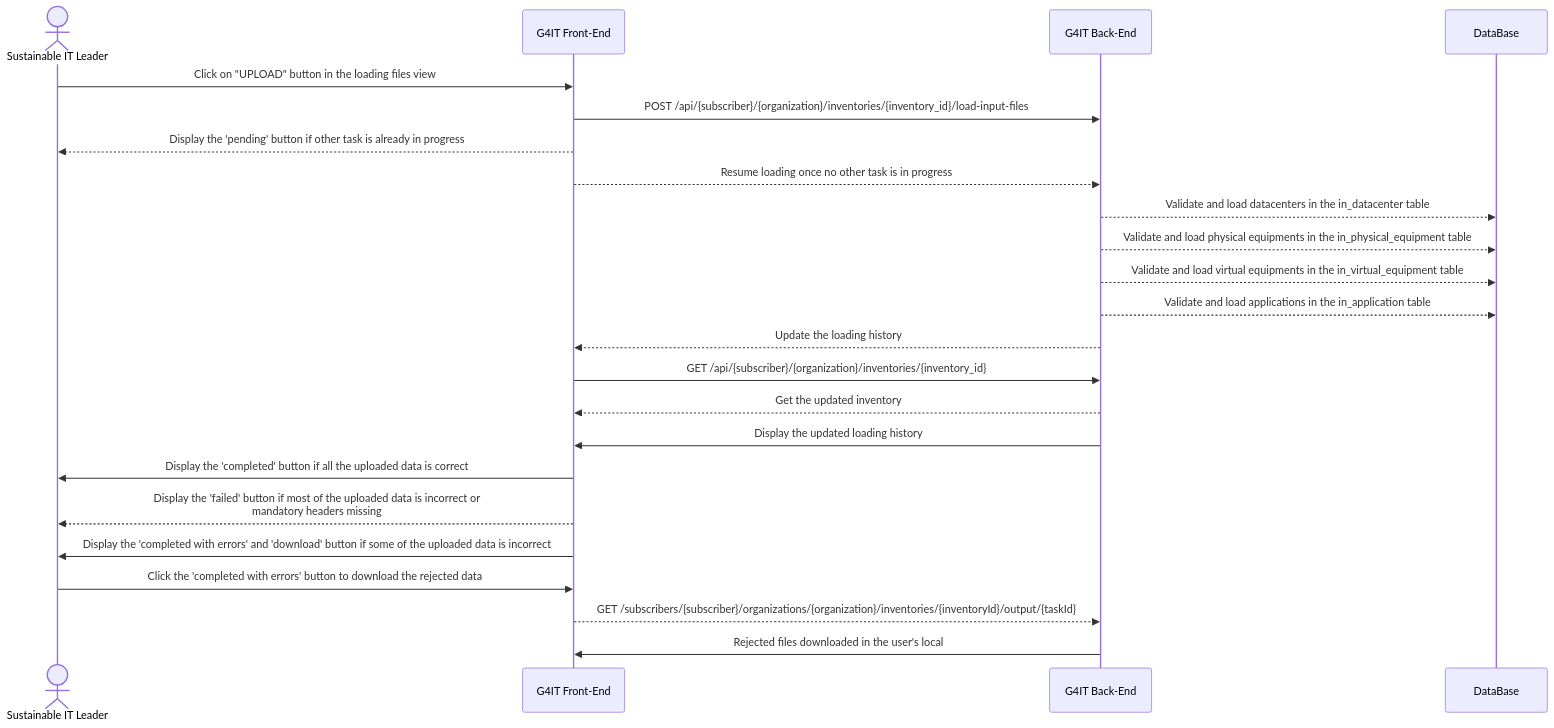
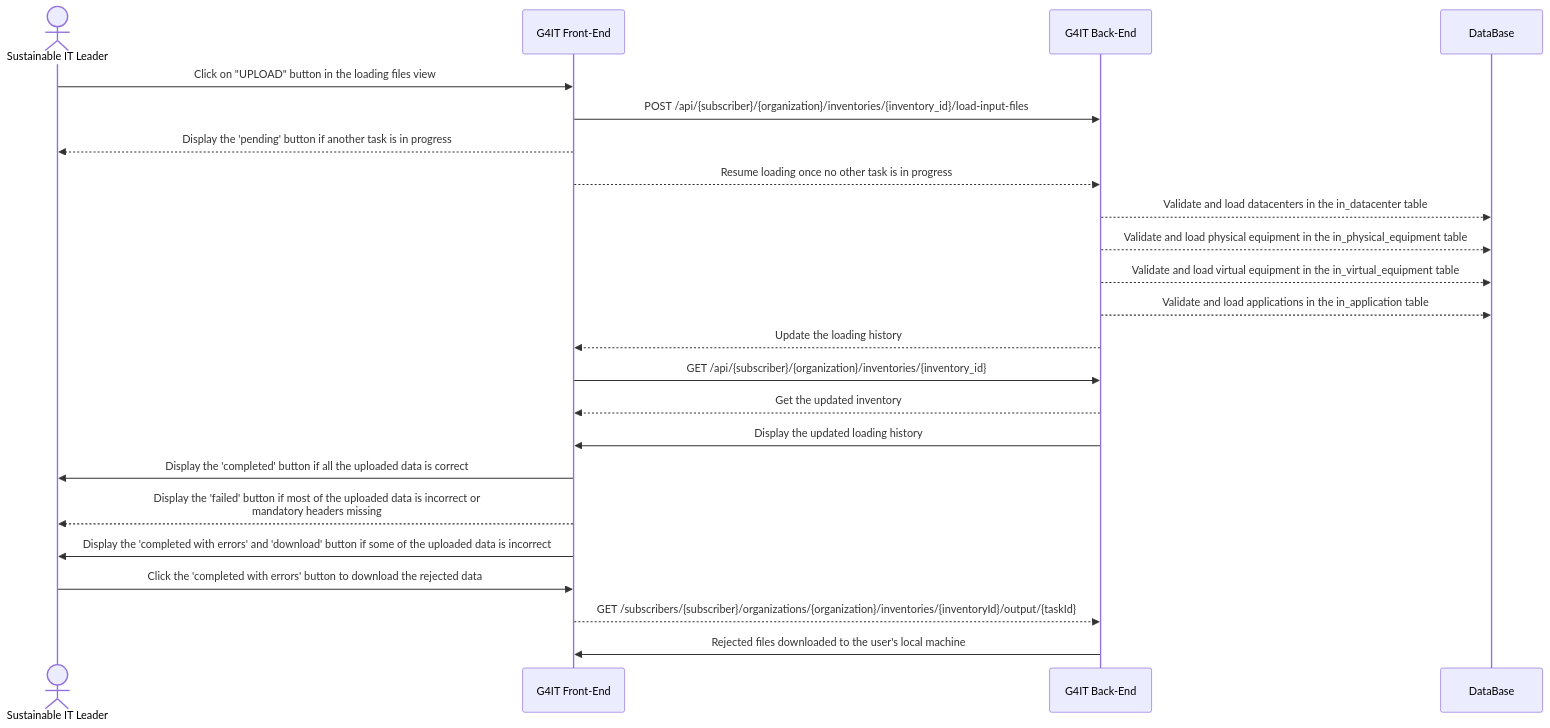
One commit to teamg4it/g4it changed the second of 2 diagrams in services/documentation/content/2-functional-documentation/use_cases/uc_inventory/uc3_load_files.md. Above: the diagram before and after it, drawn with Mermaid. The commit also changed other lines of this file, not shown here.

```diff
--- a/services/documentation/content/2-functional-documentation/use_cases/uc_inventory/uc3_load_files.md
+++ b/services/documentation/content/2-functional-documentation/use_cases/uc_inventory/uc3_load_files.md
@@ -92,28 +104,26 @@
 {{< mermaid >}}
-
 sequenceDiagram
 actor RND as Sustainable IT Leader
 participant front as G4IT Front-End
 participant back as G4IT Back-End
 participant DataBase
 
 RND ->> front: Click on "UPLOAD" button in the loading files view
 front ->> back: POST /api/{subscriber}/{organization}/inventories/{inventory_id}/load-input-files
-front -->> RND : Display the 'pending' button if other task is already in progress
+front -->> RND : Display the 'pending' button if another task is in progress
 front -->> back: Resume loading once no other task is in progress
 back -->> DataBase: Validate and load datacenters in the in_datacenter table
-back -->> DataBase: Validate and load physical equipments in the in_physical_equipment table
-back -->> DataBase: Validate and load virtual equipments in the in_virtual_equipment table
+back -->> DataBase: Validate and load physical equipment in the in_physical_equipment table
+back -->> DataBase: Validate and load virtual equipment in the in_virtual_equipment table
 back -->> DataBase: Validate and load applications in the in_application table
 back -->> front: Update the loading history
 front ->> back: GET /api/{subscriber}/{organization}/inventories/{inventory_id}
 back-->> front: Get the updated inventory
 back ->> front: Display the updated loading history
 front ->> RND : Display the 'completed' button if all the uploaded data is correct
 front -->> RND : Display the 'failed' button if most of the uploaded data is incorrect or <br> mandatory headers missing
 front ->> RND : Display the 'completed with errors' and 'download' button if some of the uploaded data is incorrect
 RND ->> front : Click the 'completed with errors' button to download the rejected data
 front -->> back: GET /subscribers/{subscriber}/organizations/{organization}/inventories/{inventoryId}/output/{taskId}
-back ->> front : Rejected files downloaded in the user's local
-
+back ->> front : Rejected files downloaded to the user's local machine
 {{< /mermaid >}}
```
